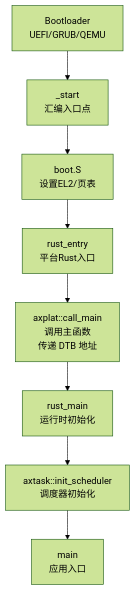
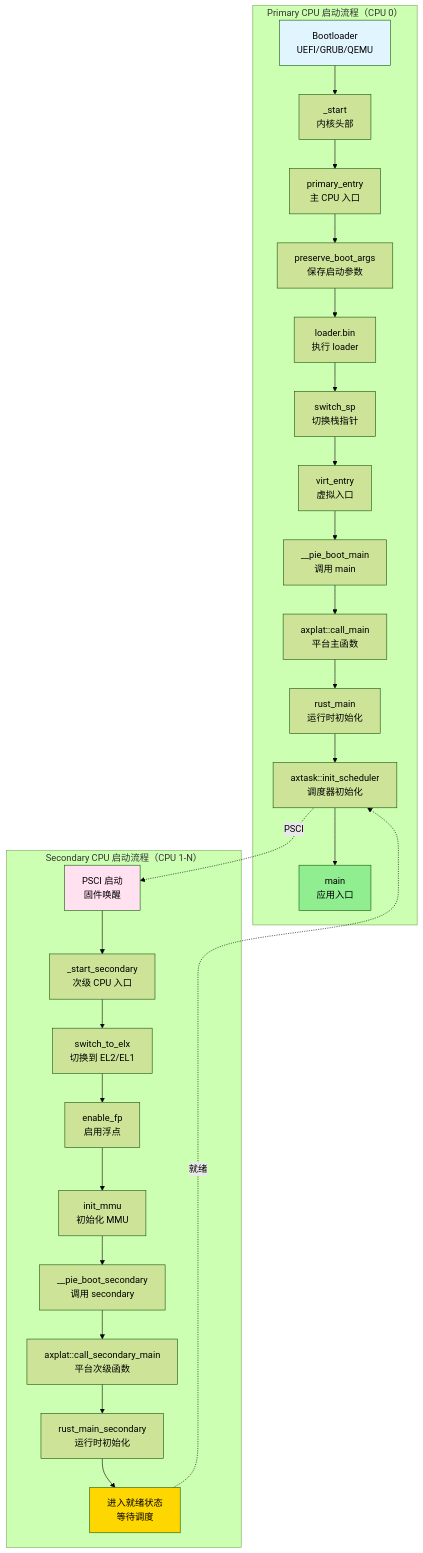
One commit to arceos-hypervisor/axvisor changed the fourth of 7 diagrams in doc/00_AXVISOR_STARTUP.md. Above: the diagram before and after it, drawn with Mermaid (forest theme). The commit also changed other lines of this file, not shown here.

````diff
--- a/doc/00_AXVISOR_STARTUP.md
+++ b/doc/00_AXVISOR_STARTUP.md
@@ -1105,10 +1163,35 @@
 ```mermaid
 graph TD
-    A[Bootloader<br/>UEFI/GRUB/QEMU] --> B[_start<br/>汇编入口点]
-    B --> C[boot.S<br/>设置EL2/页表]
-    C --> D[rust_entry<br/>平台Rust入口]
-    D --> E[axplat::call_main<br/>调用主函数<br/>传递 DTB 地址]
-    E --> F[rust_main<br/>运行时初始化]
-    F --> G[axtask::init_scheduler<br/>调度器初始化]
-    G --> H[main<br/>应用入口]
+    subgraph "Primary CPU 启动流程（CPU 0）"
+        A1[Bootloader<br/>UEFI/GRUB/QEMU] --> B1[_start<br/>内核头部]
+        B1 --> C1[primary_entry<br/>主 CPU 入口]
+        C1 --> D1[preserve_boot_args<br/>保存启动参数]
+        D1 --> E1[loader.bin<br/>执行 loader]
+        E1 --> F1[switch_sp<br/>切换栈指针]
+        F1 --> G1[virt_entry<br/>虚拟入口]
+        G1 --> H1[__pie_boot_main<br/>调用 main]
+        H1 --> I1[axplat::call_main<br/>平台主函数]
+        I1 --> J1[rust_main<br/>运行时初始化]
+        J1 --> K1[axtask::init_scheduler<br/>调度器初始化]
+        K1 --> L1[main<br/>应用入口]
+    end
+
+    subgraph "Secondary CPU 启动流程（CPU 1-N）"
+        A2[PSCI 启动<br/>固件唤醒] --> B2[_start_secondary<br/>次级 CPU 入口]
+        B2 --> C2[switch_to_elx<br/>切换到 EL2/EL1]
+        C2 --> D2[enable_fp<br/>启用浮点]
+        D2 --> E2[init_mmu<br/>初始化 MMU]
+        E2 --> F2[__pie_boot_secondary<br/>调用 secondary]
+        F2 --> G2[axplat::call_secondary_main<br/>平台次级函数]
+        G2 --> H2[rust_main_secondary<br/>运行时初始化]
+        H2 --> I2[进入就绪状态<br/>等待调度]
+    end
+
+    K1 -.->|PSCI| A2
+    I2 -.->|就绪| K1
+
+    style A1 fill:#e1f5ff
+    style A2 fill:#ffe1f0
+    style L1 fill:#90EE90
+    style I2 fill:#FFD700
 ```
````
